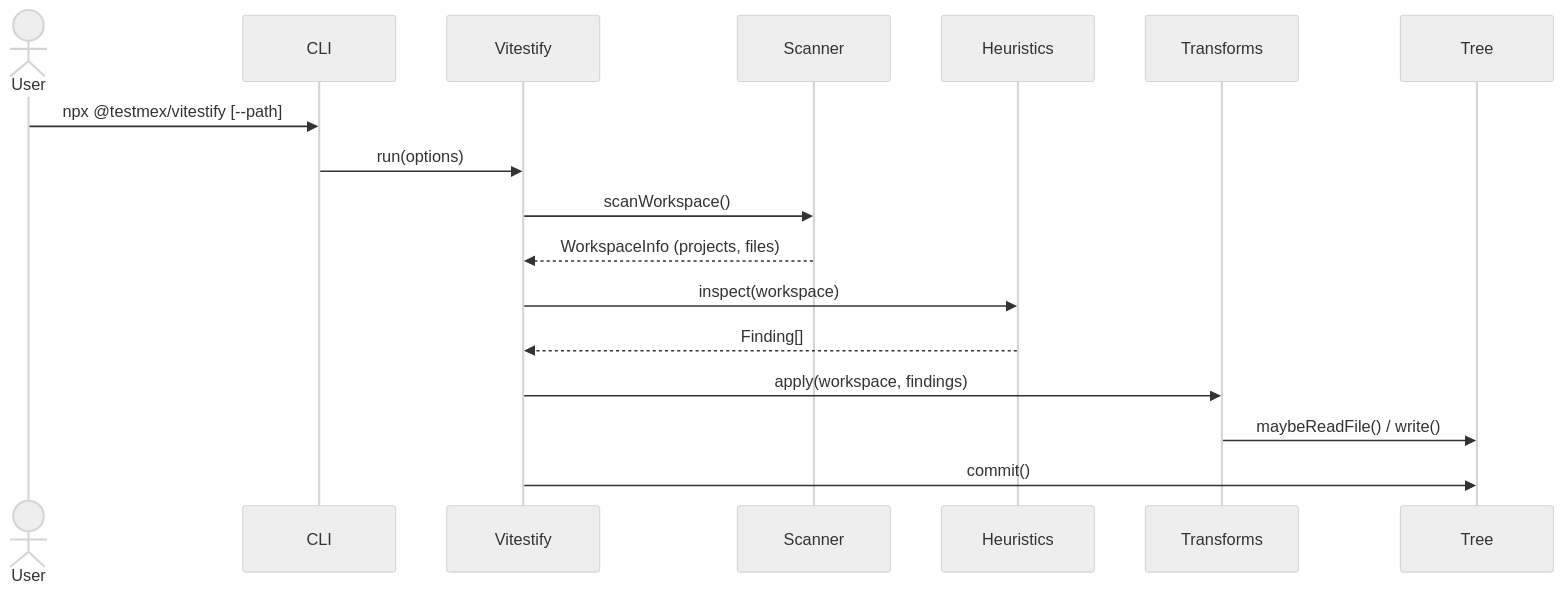
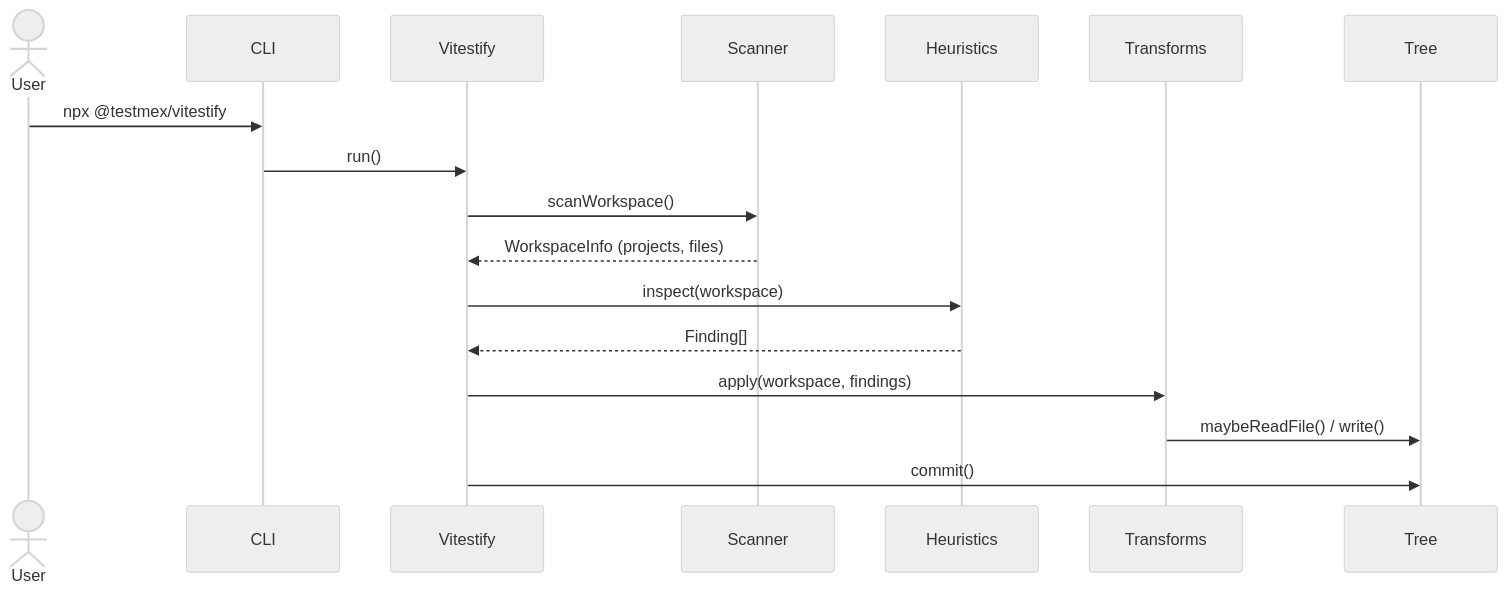
Before and after one commit to testmex/testmex: the second of 3 diagrams in design-docs/001-vitestify.md, drawn with Mermaid (neutral theme). The commit also changed other lines of this file, not shown here.

Commit message:
refactor: 🛠️ streamline CLI entry point and enhance documentation for Vitestify design

````diff
--- a/design-docs/001-vitestify.md
+++ b/design-docs/001-vitestify.md
@@ -69,20 +70,20 @@
 ```mermaid
 sequenceDiagram
     actor User
     participant CLI
     participant Vitestify
     participant Scanner
     participant Heuristics
     participant Transforms
     participant Tree
 
-    User->>CLI: npx @testmex/vitestify [--path]
-    CLI->>Vitestify: run(options)
+    User->>CLI: npx @testmex/vitestify
+    CLI->>Vitestify: run()
     Vitestify->>Scanner: scanWorkspace()
     Scanner-->>Vitestify: WorkspaceInfo (projects, files)
     Vitestify->>Heuristics: inspect(workspace)
     Heuristics-->>Vitestify: Finding[]
     Vitestify->>Transforms: apply(workspace, findings)
     Transforms->>Tree: maybeReadFile() / write()
     Vitestify->>Tree: commit()
 ```
````
